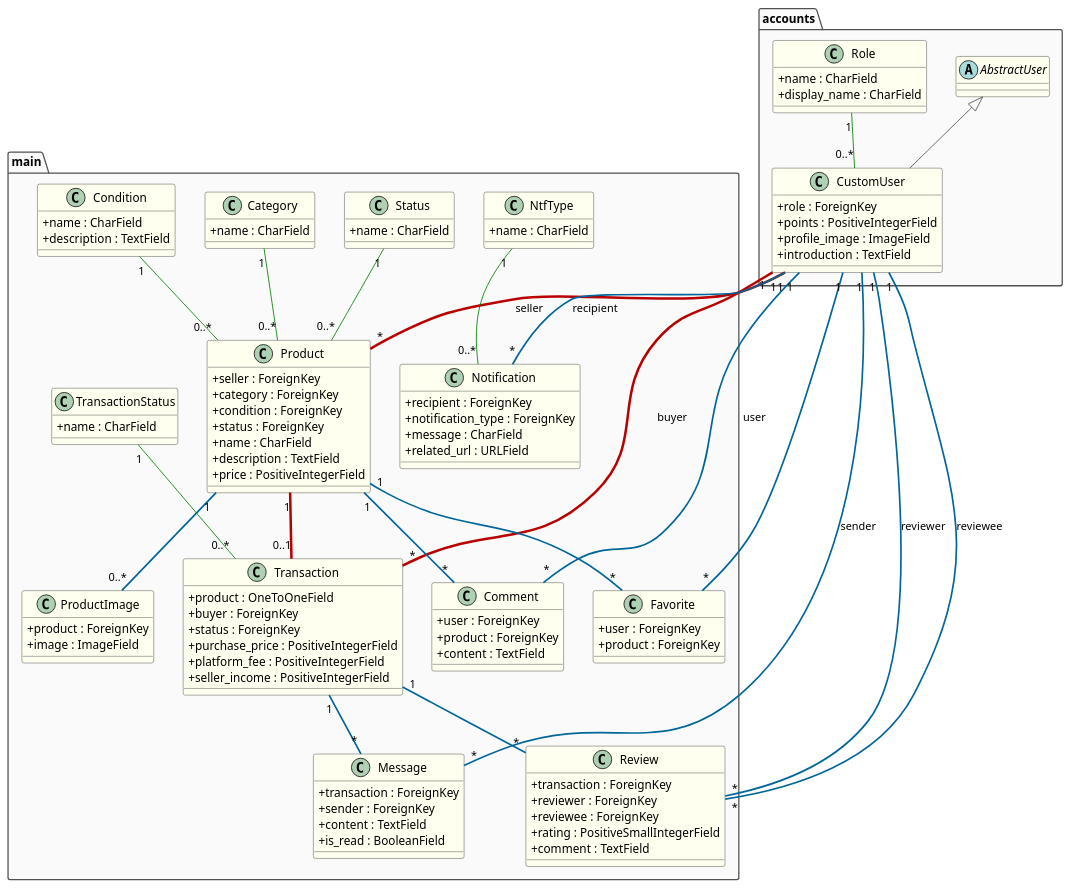
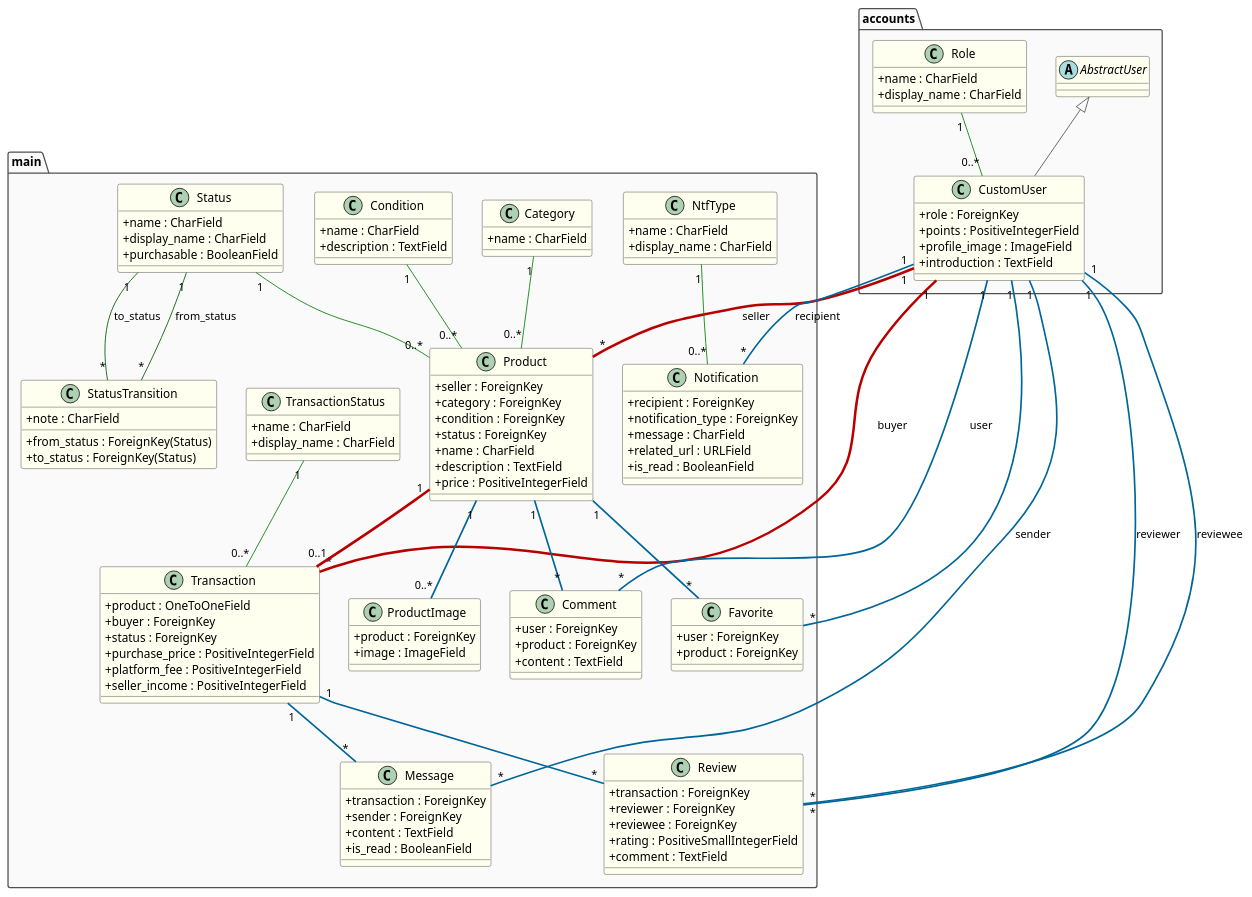
Before and after one commit to kairi-fujii/PythonSystemDevelopment: the diagram in Design/ClassDiagram_PhysicalName.pu, drawn with PlantUML. The commit also changed 14 other files, not shown here.

Commit message:
make StatusTransition

```diff
--- a/Design/ClassDiagram_PhysicalName.pu
+++ b/Design/ClassDiagram_PhysicalName.pu
@@ -1,150 +1,164 @@
-@startuml Django_Physical_Model_Final_Refined
+@startuml Django_Physical_Model_Updated
 
-' === デザイン調整 (skinparam) ===
+' === Style Settings ===
 skinparam {
     BackgroundColor #FFFFFF
     ArrowColor #505050
     shadowing false
     ClassAttributeIconSize 0
     ClassBorderColor #333333
     ClassBackgroundColor #FFFFF0
     PackageBorderColor #505050
     PackageBackgroundColor #FAFAFA
 }
 
-' ===================================
-' === accounts アプリケーション ===
-' ===================================
+' ===============================
+' === accounts application ===
+' ===============================
 package "accounts" {
     abstract class AbstractUser
-    
+
     class Role {
         + name : CharField
         + display_name : CharField
     }
 
     class CustomUser {
         + role : ForeignKey
         + points : PositiveIntegerField
         + profile_image : ImageField
         + introduction : TextField
     }
 
-    ' --- accounts内のリレーション定義 ---
     AbstractUser <|-- CustomUser
     Role "1" -[#008000,thickness=1]- "0..*" CustomUser
 }
 
-' ===================================
-' === main アプリケーション ===
-' ===================================
+' ============================
+' === main application ===
+' ============================
 package "main" {
     class Category {
         + name : CharField
     }
-    
+
     class Condition {
         + name : CharField
         + description : TextField
     }
 
     class Status {
         + name : CharField
+        + display_name : CharField
+        + purchasable : BooleanField
+    }
+
+    class StatusTransition {
+        + from_status : ForeignKey(Status)
+        + to_status : ForeignKey(Status)
+        + note : CharField
     }
 
     class TransactionStatus {
         + name : CharField
+        + display_name : CharField
     }
 
     class NtfType {
         + name : CharField
+        + display_name : CharField
     }
 
     class Product {
         + seller : ForeignKey
         + category : ForeignKey
         + condition : ForeignKey
         + status : ForeignKey
         + name : CharField
         + description : TextField
         + price : PositiveIntegerField
     }
-    
+
     class ProductImage {
         + product : ForeignKey
         + image : ImageField
     }
-    
+
     class Transaction {
         + product : OneToOneField
         + buyer : ForeignKey
         + status : ForeignKey
         + purchase_price : PositiveIntegerField
         + platform_fee : PositiveIntegerField
         + seller_income : PositiveIntegerField
     }
-    
+
     class Comment {
         + user : ForeignKey
         + product : ForeignKey
         + content : TextField
     }
 
     class Favorite {
         + user : ForeignKey
         + product : ForeignKey
     }
 
     class Message {
         + transaction : ForeignKey
         + sender : ForeignKey
         + content : TextField
         + is_read : BooleanField
     }
-    
+
     class Review {
         + transaction : ForeignKey
         + reviewer : ForeignKey
         + reviewee : ForeignKey
         + rating : PositiveSmallIntegerField
         + comment : TextField
     }
-    
+
     class Notification {
         + recipient : ForeignKey
         + notification_type : ForeignKey
         + message : CharField
         + related_url : URLField
+        + is_read : BooleanField
     }
 }
 
-' --- アプリケーションをまたぐリレーションを定義 ---
+' === Relations ===
 
-' ■ 主要な関連
+' Primary relations
 CustomUser "1" -[#B80000,thickness=3]- "*" Product : seller
 CustomUser "1" -[#B80000,thickness=3]- "*" Transaction : buyer
 Product "1" -[#B80000,thickness=3]- "0..1" Transaction
 
-' ■ 従属的な関連
+' Dependent relations
 CustomUser "1" -[#006699,thickness=2]- "*" Comment : user
 CustomUser "1" -[#006699,thickness=2]- "*" Favorite
 CustomUser "1" -[#006699,thickness=2]- "*" Message : sender
 CustomUser "1" -[#006699,thickness=2]- "*" Review : reviewer
 CustomUser "1" -[#006699,thickness=2]- "*" Review : reviewee
 CustomUser "1" -[#006699,thickness=2]- "*" Notification : recipient
 
 Product "1" -[#006699,thickness=2]- "*" Comment
 Product "1" -[#006699,thickness=2]- "*" Favorite
 Product "1" -[#006699,thickness=2]- "0..*" ProductImage
 
 Transaction "1" -[#006699,thickness=2]- "*" Message
 Transaction "1" -[#006699,thickness=2]- "*" Review
 
-' ■ マスタ参照の関連
+' Master reference relations
 Category "1" -[#008000,thickness=1]- "0..*" Product
 Condition "1" -[#008000,thickness=1]- "0..*" Product
 Status "1" -[#008000,thickness=1]- "0..*" Product
 TransactionStatus "1" -[#008000,thickness=1]- "0..*" Transaction
 NtfType "1" -[#008000,thickness=1]- "0..*" Notification
 
+' Status transition
+Status "1" -[#005500,thickness=1]- "*" StatusTransition : from_status
+Status "1" -[#005500,thickness=1]- "*" StatusTransition : to_status
+
 @enduml
```
